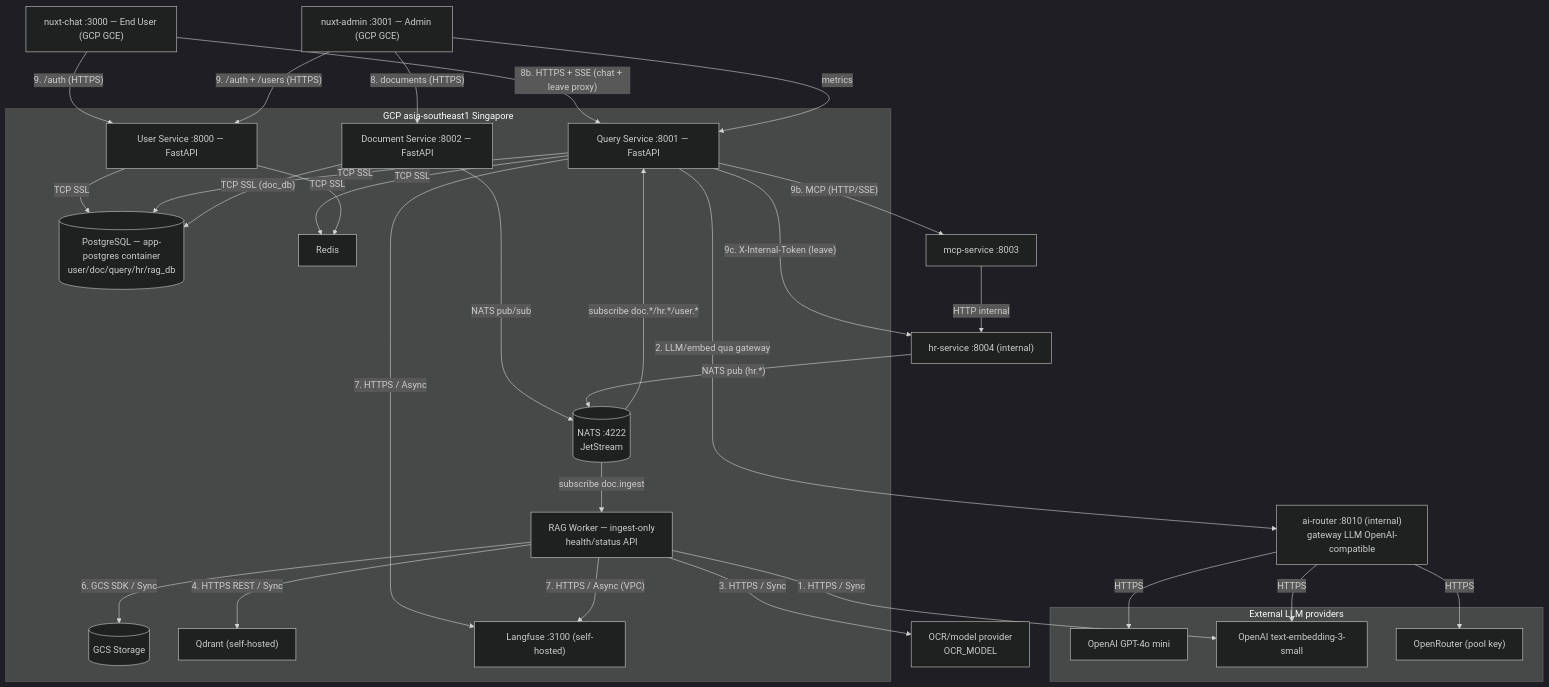
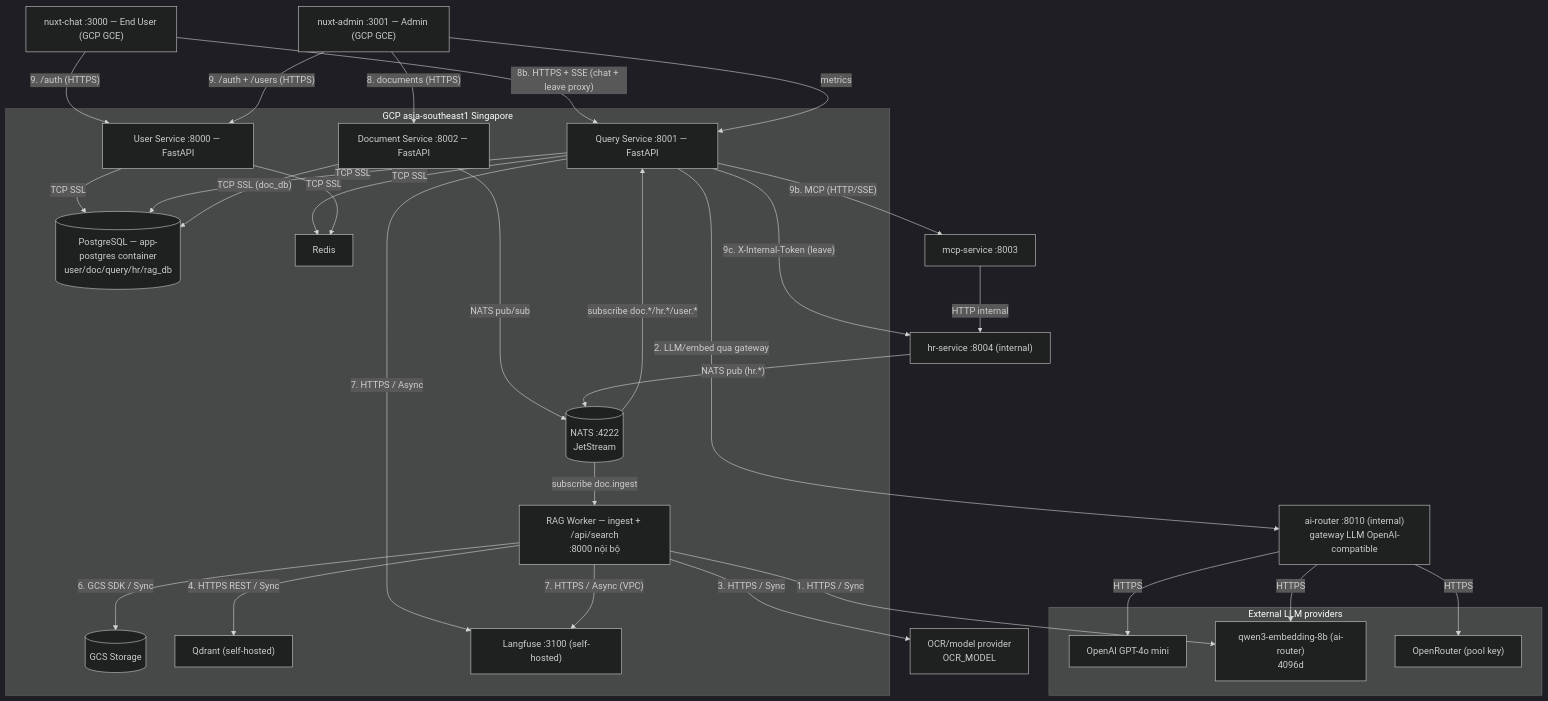
Before and after one commit to cds0987/DA08-VSF-AI: the fourth of 6 diagrams in docs/SA_RAG_Chatbot_Final.md, drawn with Mermaid (dark theme). The commit also changed other lines of this file and 13 other files, not shown here.

````diff
--- a/docs/SA_RAG_Chatbot_Final.md
+++ b/docs/SA_RAG_Chatbot_Final.md
@@ -499,57 +507,57 @@
 ```mermaid
 flowchart TB
     CHAT["nuxt-chat :3000 — End User (GCP GCE)"]
     ADMIN["nuxt-admin :3001 — Admin (GCP GCE)"]
 
     subgraph GCP["GCP asia-southeast1 Singapore"]
         USVC["User Service :8000 — FastAPI"]
         INGEST["Document Service :8002 — FastAPI"]
         QUERY["Query Service :8001 — FastAPI"]
-        RAG["RAG Worker — ingest-only\nhealth/status API"]
+        RAG["RAG Worker — ingest + /api/search\n:8000 nội bộ"]
         NATS_B[("NATS :4222\nJetStream")]
         PG[("PostgreSQL — app-postgres container\nuser/doc/query/hr/rag_db")]
         GCS[("GCS Storage")]
         QDRANT["Qdrant (self-hosted)"]
         LF["Langfuse :3100 (self-hosted)"]
         REDIS["Redis"]
     end
 
     AIR["ai-router :8010 (internal)\ngateway LLM OpenAI-compatible"]
 
     subgraph OPENAI_EXT["External LLM providers"]
         AOAI["OpenAI GPT-4o mini"]
-        EMB_API["OpenAI text-embedding-3-small"]
+        EMB_API["qwen3-embedding-8b (ai-router)\n4096d"]
         ORT["OpenRouter (pool key)"]
     end
     OCR_EXT["OCR/model provider\nOCR_MODEL"]
     HRSVC["hr-service :8004 (internal)"]
     MCPSVC["mcp-service :8003"]
 
     CHAT -- "9. /auth (HTTPS)" --> USVC
     ADMIN -- "9. /auth + /users (HTTPS)" --> USVC
     CHAT -- "8b. HTTPS + SSE (chat + leave proxy)" --> QUERY
     ADMIN -- "8. documents (HTTPS)" --> INGEST
     ADMIN -- "metrics" --> QUERY
     USVC -- "TCP SSL" --> PG
     QUERY -- "TCP SSL" --> PG
     INGEST -- "TCP SSL (doc_db)" --> PG
     QUERY -- "9b. MCP (HTTP/SSE)" --> MCPSVC
     QUERY -- "9c. X-Internal-Token (leave)" --> HRSVC
     MCPSVC -- "HTTP internal" --> HRSVC
     QUERY -- "2. LLM/embed qua gateway" --> AIR
     AIR -- "HTTPS" --> AOAI
     AIR -- "HTTPS" --> EMB_API
     AIR -- "HTTPS" --> ORT
     RAG -- "1. HTTPS / Sync" --> EMB_API
     RAG -- "3. HTTPS / Sync" --> OCR_EXT
     RAG -- "4. HTTPS REST / Sync" --> QDRANT
     RAG -- "6. GCS SDK / Sync" --> GCS
     QUERY -- "7. HTTPS / Async" --> LF
     RAG -- "7. HTTPS / Async (VPC)" --> LF
     INGEST -- "NATS pub/sub" --> NATS_B
     HRSVC -- "NATS pub (hr.*)" --> NATS_B
     NATS_B -- "subscribe doc.ingest" --> RAG
     NATS_B -- "subscribe doc.*/hr.*/user.*" --> QUERY
     QUERY -- "TCP SSL" --> REDIS
     USVC -- "TCP SSL" --> REDIS
 ```
````
